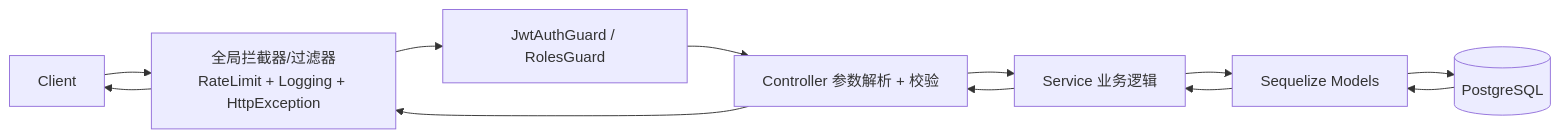
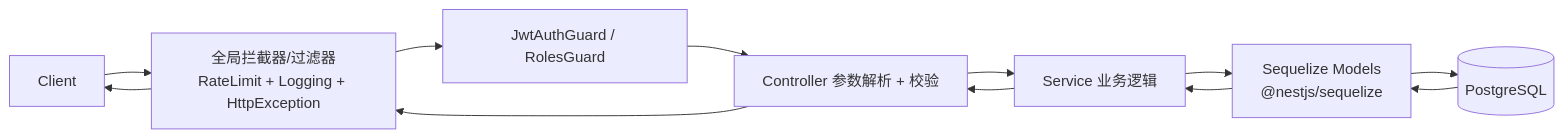
Before and after one commit to LZStarV/CSISP: the third of 3 diagrams in docs/src/architecture/技术架构设计文档.md, drawn with Mermaid. The commit also changed other lines of this file and 65 other files, not shown here.

````diff
--- a/docs/src/architecture/技术架构设计文档.md
+++ b/docs/src/architecture/技术架构设计文档.md
@@ -364,14 +361,15 @@
 ```mermaid
 flowchart LR
   Client --> Nest[全局拦截器/过滤器\nRateLimit + Logging + HttpException]
   Nest --> Guard[JwtAuthGuard / RolesGuard]
   Guard --> Ctrl[Controller 参数解析 + 校验]
   Ctrl --> Svc[Service 业务逻辑]
-  Svc --> ORM[Sequelize Models]
+  Svc --> ORM[Sequelize Models
+@nestjs/sequelize]
   ORM --> PG[(PostgreSQL)]
   PG --> ORM
   ORM --> Svc
   Svc --> Ctrl
   Ctrl --> Nest
   Nest --> Client
 ```
````
